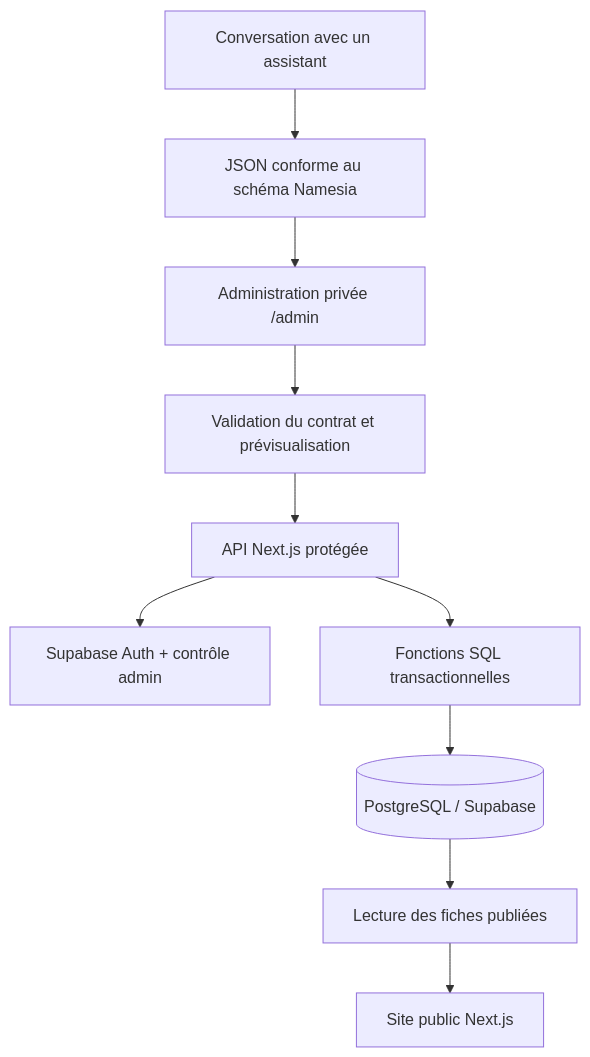
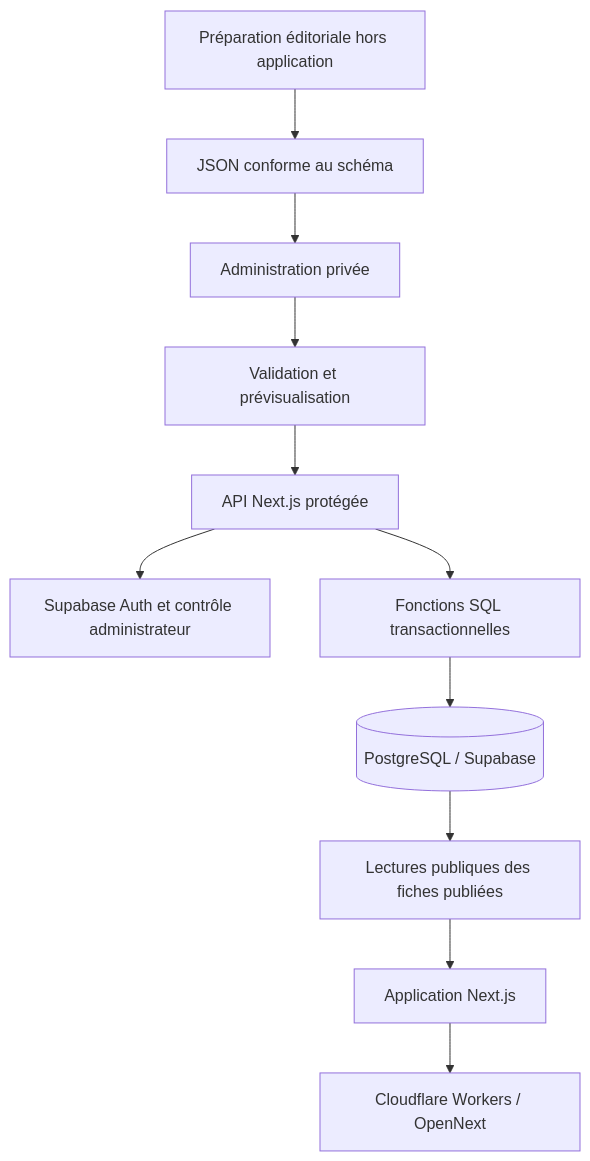
One commit to Nabouna32/Namesia changed the diagram in docs/architecture.md. Above: the diagram before and after it, drawn with Mermaid. The commit also changed other lines of this file, not shown here.

Commit message:
Séparer l'architecture technique des fonctionnalités

````diff
--- a/docs/architecture.md
+++ b/docs/architecture.md
@@ -19,12 +13,13 @@
 ```mermaid
 flowchart TD
-  A["Conversation avec un assistant"] --> B["JSON conforme au schéma Namesia"]
-  B --> C["Administration privée /admin"]
-  C --> D["Validation du contrat et prévisualisation"]
+  A["Préparation éditoriale hors application"] --> B["JSON conforme au schéma"]
+  B --> C["Administration privée"]
+  C --> D["Validation et prévisualisation"]
   D --> E["API Next.js protégée"]
-  E --> F["Supabase Auth + contrôle admin"]
+  E --> F["Supabase Auth et contrôle administrateur"]
   E --> G["Fonctions SQL transactionnelles"]
   G --> H[("PostgreSQL / Supabase")]
-  H --> I["Lecture des fiches publiées"]
-  I --> J["Site public Next.js"]
+  H --> I["Lectures publiques des fiches publiées"]
+  I --> J["Application Next.js"]
+  J --> K["Cloudflare Workers / OpenNext"]
 ```
````
